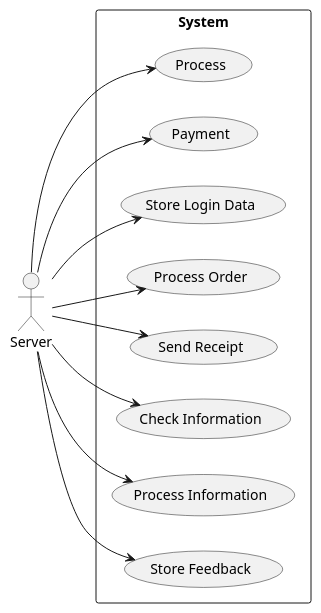
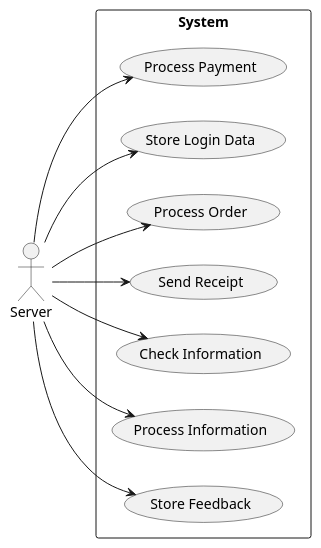
The diagram in diagrams/cases/server.puml (mnguye49/finalProject), drawn with PlantUML before and after one commit.

```diff
--- a/diagrams/cases/server.puml
+++ b/diagrams/cases/server.puml
@@ -1,22 +1,20 @@
 @startuml server
 left to right direction
 actor Server
 rectangle System as system{
- (Process)
- (Payment)
+ (Process Payment)
  (Store Login Data)
  (Process Order)
  (Send Receipt)
  (Check Information)
  (Process Information)
  (Store Feedback)
 }
-Server --> (Process)
-Server --> (Payment)
+Server --> (Process Payment)
 Server --> (Store Login Data)
 Server --> (Process Order)
 Server --> (Send Receipt)
 Server --> (Check Information)
 Server --> (Process Information)
 Server --> (Store Feedback)
 @enduml
```
